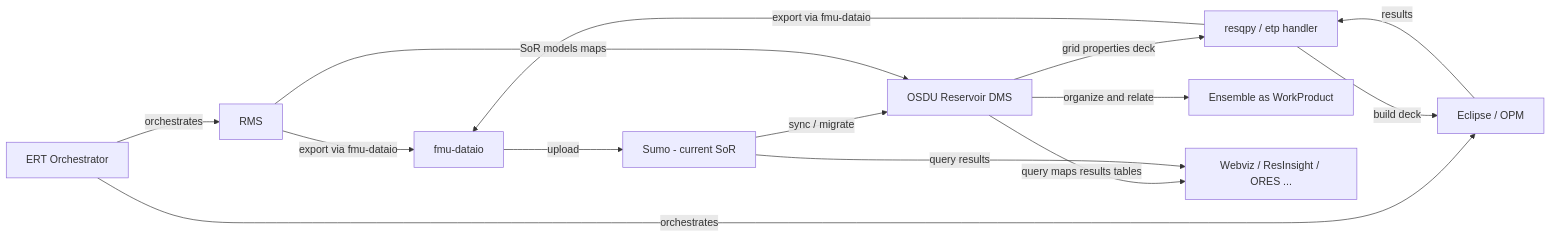
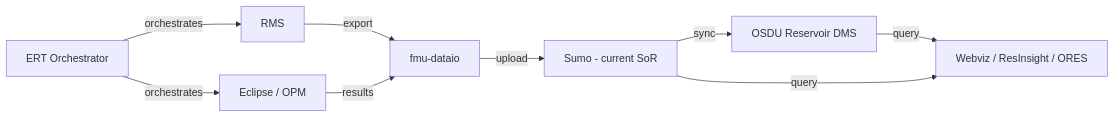
The second of 2 diagrams in md/FmuOsdu.md (marcusapel/ores), drawn with Mermaid before and after one commit. The commit also changed other lines of this file and 7 other files, not shown here.

````diff
--- a/md/FmuOsdu.md
+++ b/md/FmuOsdu.md
@@ -608,26 +142,19 @@
 ```mermaid
 flowchart LR
   ERT[ERT Orchestrator]
   RMS[RMS]
   DATAIO[fmu-dataio]
-  RESQPY[resqpy / etp handler]
   ECL[Eclipse / OPM]
   SUMO[Sumo - current SoR]
   OSDU[OSDU Reservoir DMS]
-  COLL[Ensemble as WorkProduct]
-  CLIENTS[Webviz / ResInsight / ORES ...]
+  CLIENTS[Webviz / ResInsight / ORES]
 
   ERT -- orchestrates --> RMS
   ERT -- orchestrates --> ECL
-  RMS -- export via fmu-dataio --> DATAIO
-  ECL -- results --> RESQPY
-  RESQPY -- export via fmu-dataio --> DATAIO
+  RMS -- export --> DATAIO
+  ECL -- results --> DATAIO
   DATAIO -- upload --> SUMO
-  SUMO -- sync / migrate --> OSDU
-  OSDU -- grid properties deck --> RESQPY
-  RESQPY -- build deck --> ECL
-  OSDU -- organize and relate --> COLL
-  OSDU -- query maps results tables --> CLIENTS
-  SUMO -- query results --> CLIENTS
-  RMS -- SoR models maps --> OSDU
+  SUMO -- sync --> OSDU
+  OSDU -- query --> CLIENTS
+  SUMO -- query --> CLIENTS
 ```
````
